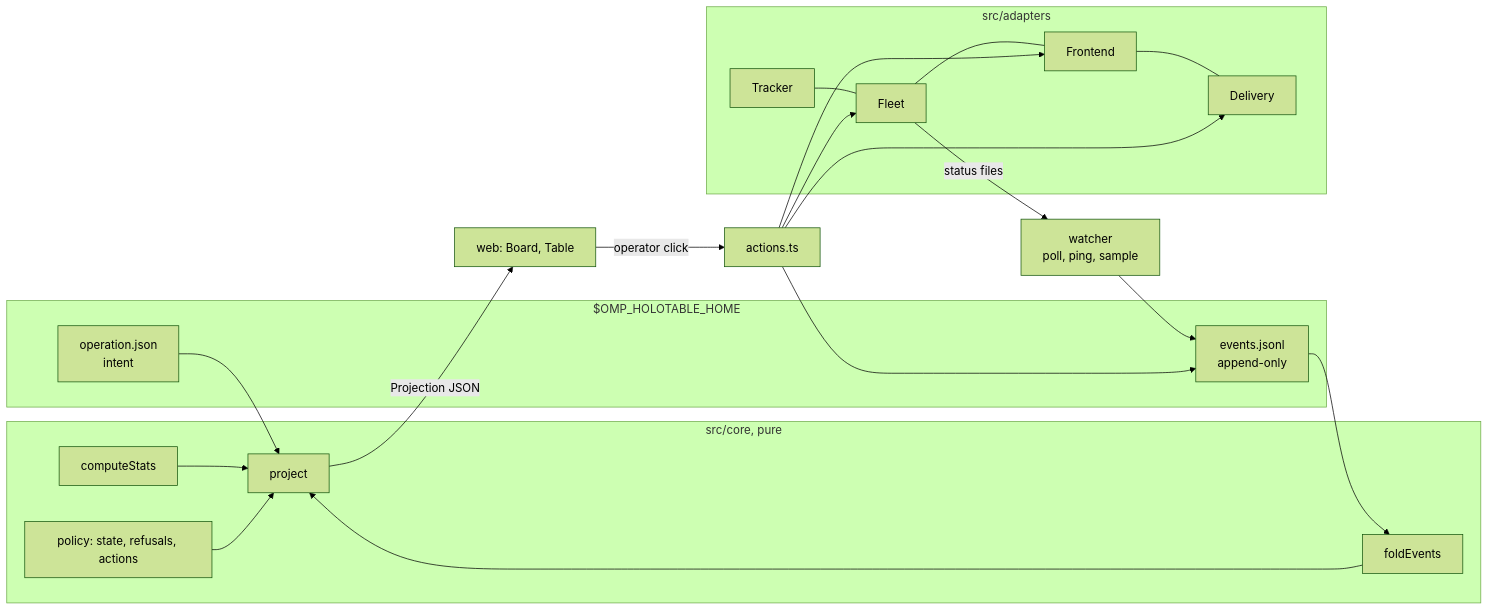
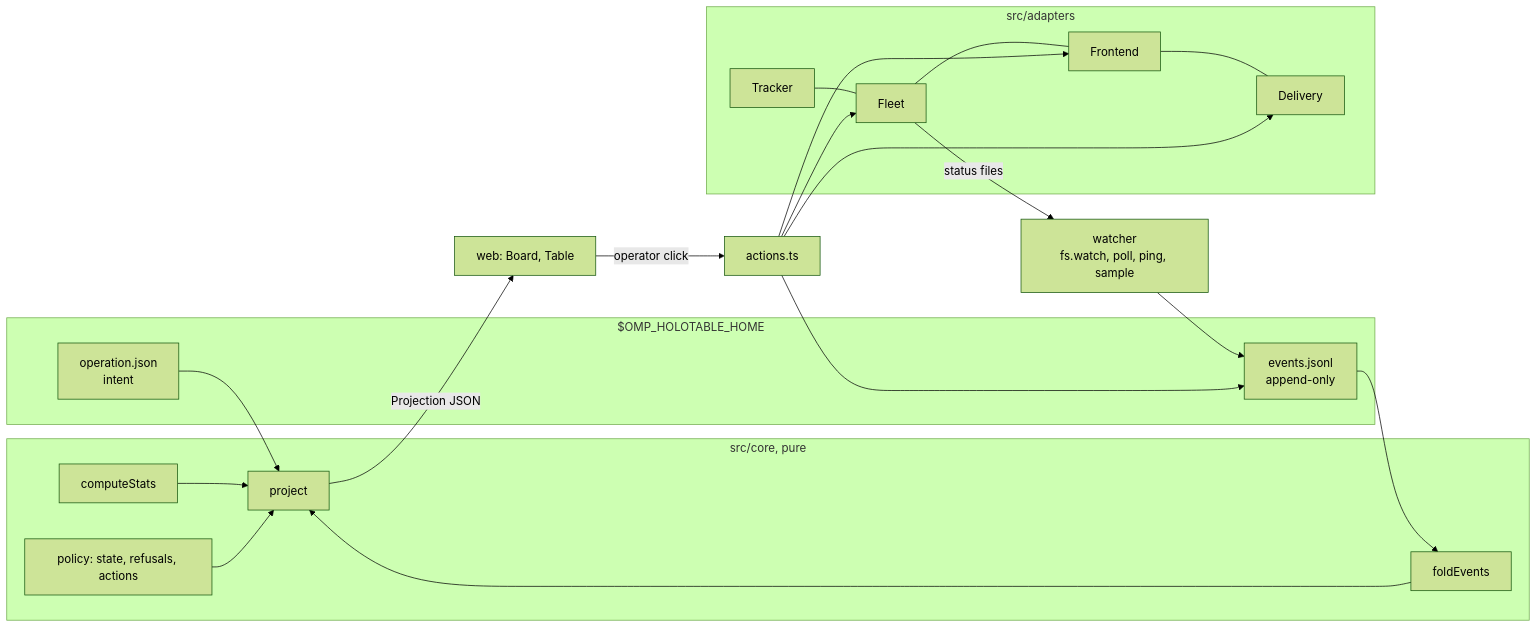
Before and after one commit to Shadorain/holotable: the diagram in docs/architecture.md, drawn with Mermaid (forest theme). The commit also changed other lines of this file and 10 other files, not shown here.

````diff
--- a/docs/architecture.md
+++ b/docs/architecture.md
@@ -9,25 +9,25 @@
 ```mermaid
 flowchart LR
   subgraph store[$OMP_HOLOTABLE_HOME]
     OP[operation.json<br/>intent]
     EV[events.jsonl<br/>append-only]
   end
   subgraph core[src/core, pure]
     FOLD[foldEvents] --> PROJ[project]
     STATS[computeStats] --> PROJ
     POL[policy: state, refusals, actions] --> PROJ
   end
   subgraph ports[src/adapters]
     TR[Tracker] --- FL[Fleet] --- FE[Frontend] --- DL[Delivery]
   end
-  WATCH[watcher<br/>poll, ping, sample] --> EV
+  WATCH[watcher<br/>fs.watch, poll, ping, sample] --> EV
   FL -->|status files| WATCH
   OP --> PROJ
   EV --> FOLD
   PROJ -->|Projection JSON| WEB[web: Board, Table]
   WEB -->|operator click| ACT[actions.ts]
   ACT --> FL
   ACT --> FE
   ACT --> DL
   ACT --> EV
 ```
````
